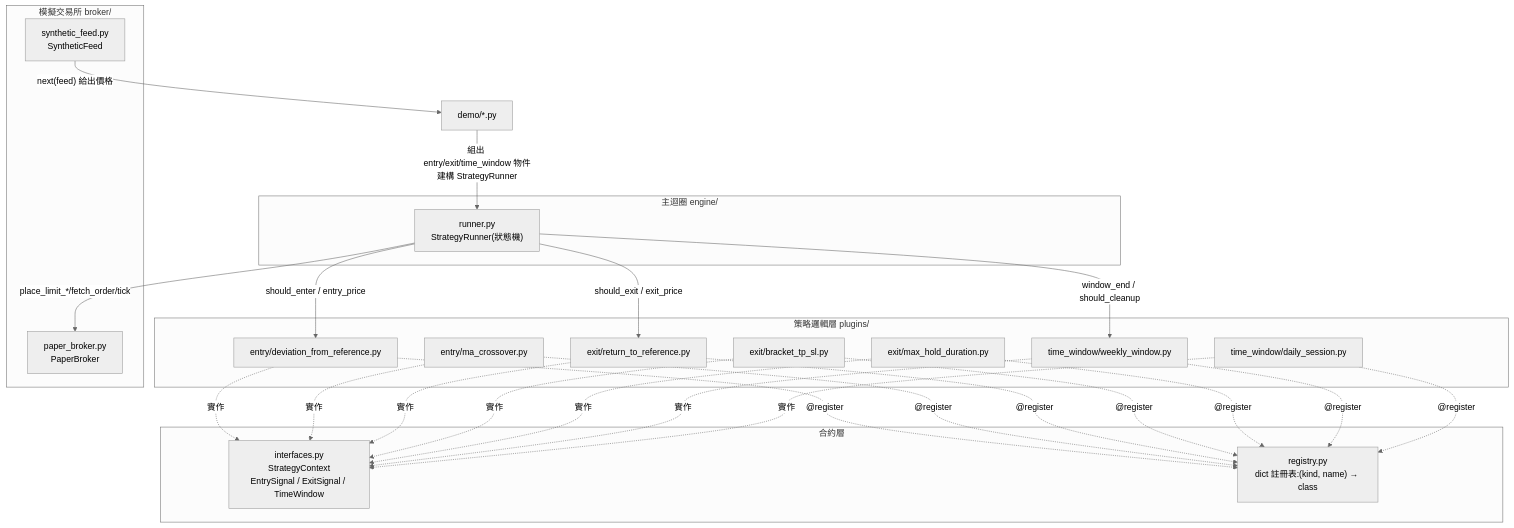
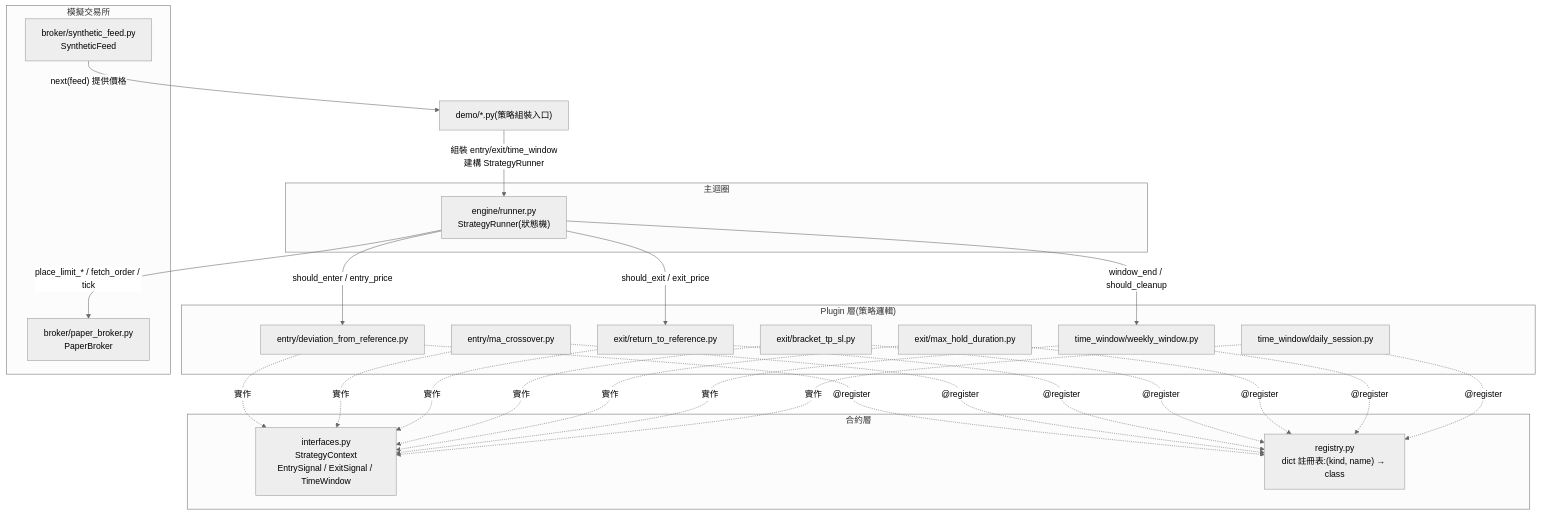
Before and after one commit to youcoolFa/strategy_lab: the first of 2 diagrams in docs/ARCHITECTURE.md, drawn with Mermaid (neutral theme). The commit also changed other lines of this file, not shown here.

Commit message:
docs: rewrite ARCHITECTURE.md to formal spec (flowchart TD, subsectioned limitations, maintenance table)

````diff
--- a/docs/ARCHITECTURE.md
+++ b/docs/ARCHITECTURE.md
@@ -9,40 +16,40 @@
 ```mermaid
-graph TB
+flowchart TD
     subgraph Contract["合約層"]
         I["interfaces.py<br/>StrategyContext<br/>EntrySignal / ExitSignal / TimeWindow"]
         R["registry.py<br/>dict 註冊表:(kind, name) → class"]
     end
 
-    subgraph Plugins["策略邏輯層 plugins/"]
+    subgraph Plugins["Plugin 層(策略邏輯)"]
         E1["entry/deviation_from_reference.py"]
         E2["entry/ma_crossover.py"]
         X1["exit/return_to_reference.py"]
         X2["exit/bracket_tp_sl.py"]
         X3["exit/max_hold_duration.py"]
         T1["time_window/weekly_window.py"]
         T2["time_window/daily_session.py"]
     end
 
-    subgraph Sim["模擬交易所 broker/"]
-        B["paper_broker.py<br/>PaperBroker"]
-        F["synthetic_feed.py<br/>SyntheticFeed"]
+    subgraph Sim["模擬交易所"]
+        B["broker/paper_broker.py<br/>PaperBroker"]
+        F["broker/synthetic_feed.py<br/>SyntheticFeed"]
     end
 
-    subgraph Core["主迴圈 engine/"]
-        Run["runner.py<br/>StrategyRunner(狀態機)"]
+    subgraph Core["主迴圈"]
+        Run["engine/runner.py<br/>StrategyRunner(狀態機)"]
     end
 
-    Demo["demo/*.py"]
+    Demo["demo/*.py(策略組裝入口)"]
 
     E1 & E2 -. 實作 .-> I
     X1 & X2 & X3 -. 實作 .-> I
     T1 & T2 -. 實作 .-> I
     E1 & E2 & X1 & X2 & X3 & T1 & T2 -. "@register" .-> R
 
     Run -->|"should_enter / entry_price"| E1
     Run -->|"should_exit / exit_price"| X1
     Run -->|"window_end / should_cleanup"| T1
-    Run -->|"place_limit_*/fetch_order/tick"| B
-    F -->|"next(feed) 給出價格"| Demo
-    Demo -->|"組出 entry/exit/time_window 物件<br/>建構 StrategyRunner"| Run
+    Run -->|"place_limit_* / fetch_order / tick"| B
+    F -->|"next(feed) 提供價格"| Demo
+    Demo -->|"組裝 entry/exit/time_window<br/>建構 StrategyRunner"| Run
 ```
````
